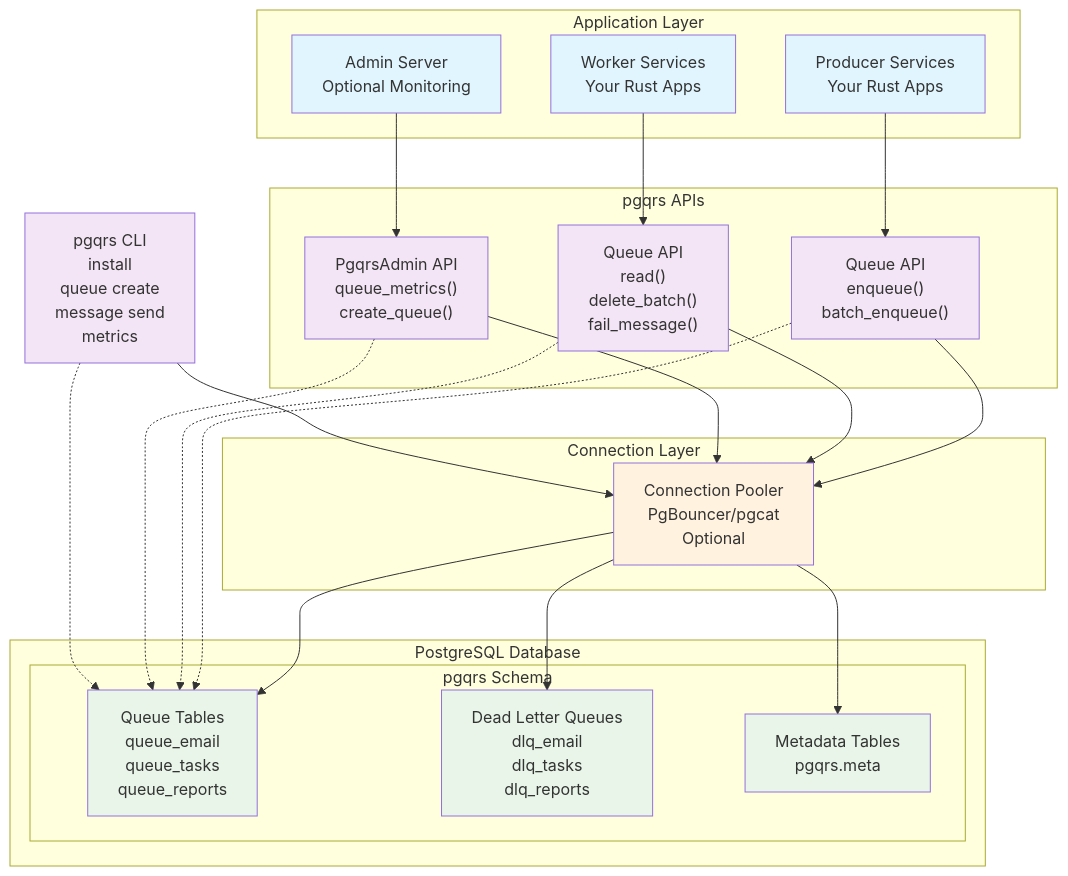
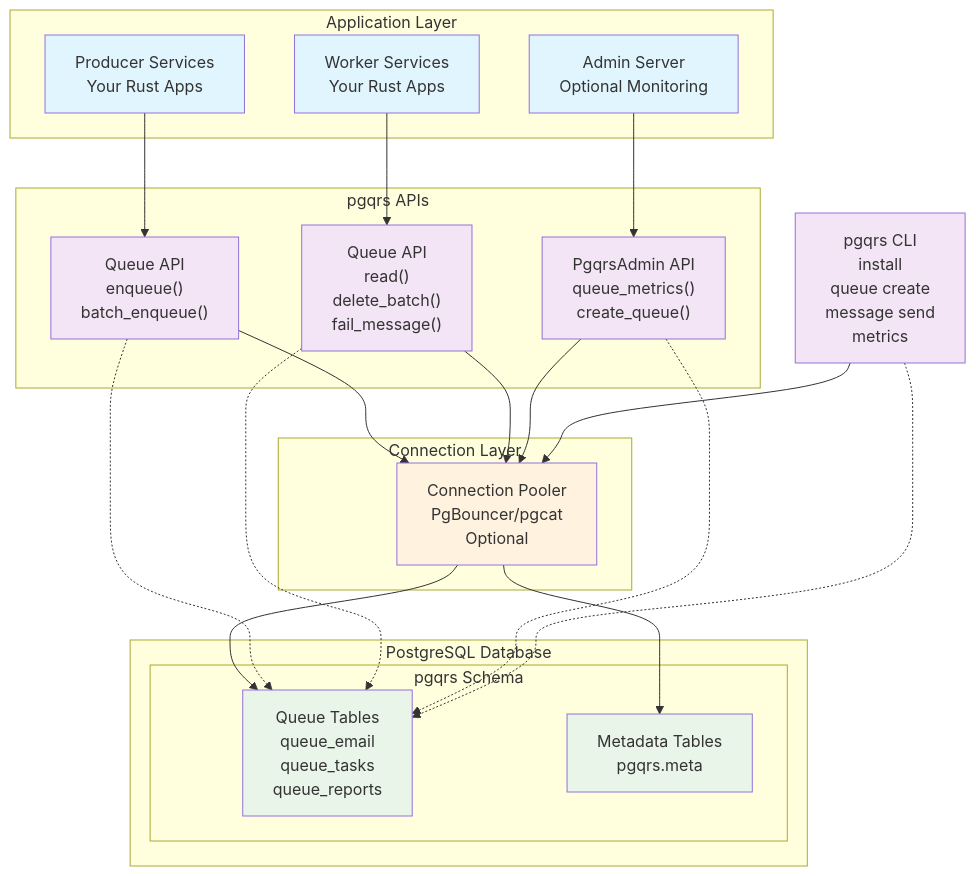
One commit to vrajat/pgqrs changed the diagram in README.md. Above: the diagram before and after it, drawn with Mermaid. The commit also changed other lines of this file and 2 other files, not shown here.

Commit message:
feat(docs): add CLAUDE.md for development commands, code quality, and testing guidelines
update README with exactly-once delivery guarantee and remove dead letter queue references

add utility functions for creating GitHub issues with standardized formatting

````diff
--- a/README.md
+++ b/README.md
@@ -17,59 +18,57 @@
 ```mermaid
 graph TB
     subgraph "Application Layer"
         P["Producer Services<br/>Your Rust Apps"]
         W["Worker Services<br/>Your Rust Apps"]
         A["Admin Server<br/>Optional Monitoring"]
     end
 
     subgraph "pgqrs APIs"
         PQ["Queue API<br/>enqueue()<br/>batch_enqueue()"]
         WQ["Queue API<br/>read()<br/>delete_batch()<br/>fail_message()"]
         AA["PgqrsAdmin API<br/>queue_metrics()<br/>create_queue()"]
     end
 
     CLI["pgqrs CLI<br/>install<br/>queue create<br/>message send<br/>metrics"]
 
     subgraph "Connection Layer"
         CP["Connection Pooler<br/>PgBouncer/pgcat<br/>Optional"]
     end
 
     subgraph "PostgreSQL Database"
         subgraph "pgqrs Schema"
             QT["Queue Tables<br/>queue_email<br/>queue_tasks<br/>queue_reports"]
-            DLQ["Dead Letter Queues<br/>dlq_email<br/>dlq_tasks<br/>dlq_reports"]
             META["Metadata Tables<br/>pgqrs.meta"]
         end
     end
 
     %% Connections
     P --> PQ
     W --> WQ
     A --> AA
 
     PQ --> CP
     WQ --> CP
     AA --> CP
     CLI --> CP
 
     CP --> QT
-    CP --> DLQ
     CP --> META
 
     %% Alternative direct connection (without pooler)
     PQ -.-> QT
     WQ -.-> QT
     AA -.-> QT
     CLI -.-> QT
 
     %% Styling
     classDef userApp fill:#e1f5fe
     classDef pgqrsLib fill:#f3e5f5
     classDef database fill:#e8f5e8
     classDef optional fill:#fff3e0
 
     class P,W,A userApp
     class PQ,WQ,AA,CLI pgqrsLib
-    class QT,DLQ,META database
+    class QT,META database
     class CP optional
 ```
````
